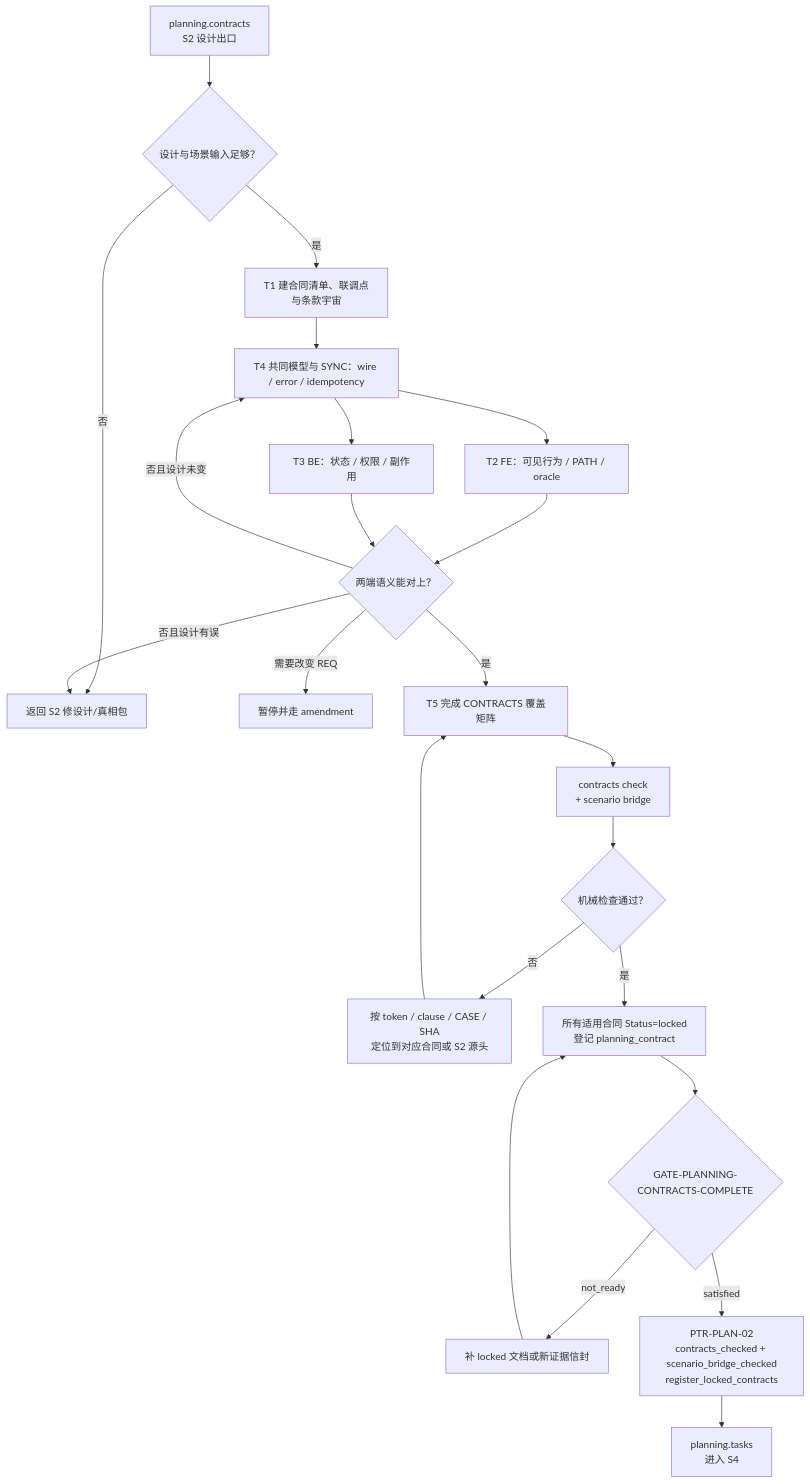
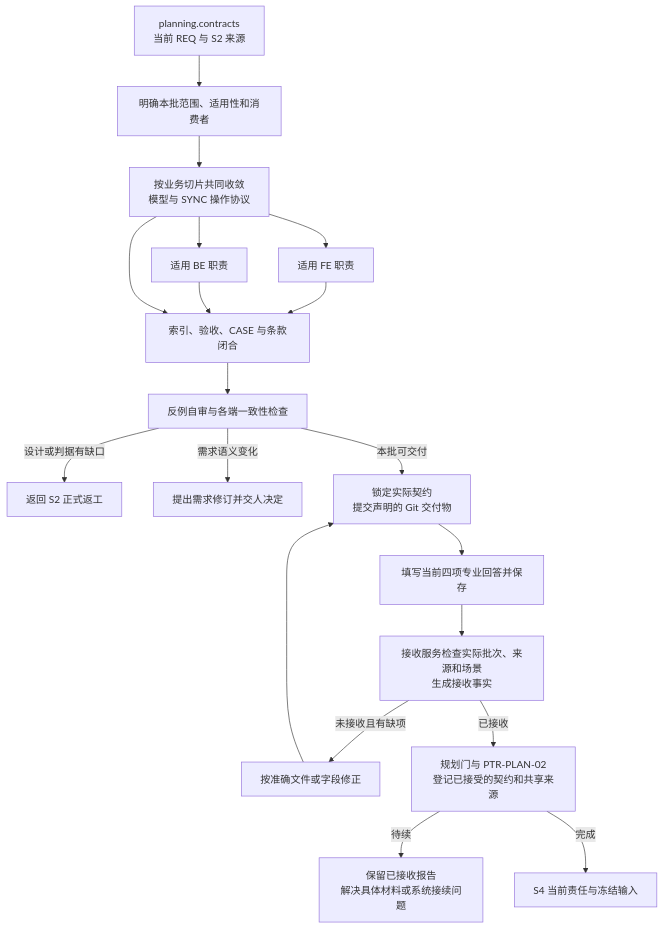
Before and after one commit to entroforge/go-system-builder: the diagram in blueprint/l3-stages/L3-S3-contracts.md, drawn with Mermaid. The commit also changed other lines of this file and 1562 other files, not shown here.

````diff
--- a/blueprint/l3-stages/L3-S3-contracts.md
+++ b/blueprint/l3-stages/L3-S3-contracts.md
@@ -97,26 +157,21 @@
 ```mermaid
 flowchart TD
-    IN["planning.contracts<br/>S2 设计出口"] --> PRE{"设计与场景输入足够？"}
-    PRE -->|否| BACK2["返回 S2 修设计/真相包"]
-    PRE -->|是| T1["T1 建合同清单、联调点<br/>与条款宇宙"]
-    T1 --> SYNC["T4 共同模型与 SYNC：wire / error / idempotency"]
-    SYNC --> FE["T2 FE：可见行为 / PATH / oracle"]
-    SYNC --> BE["T3 BE：状态 / 权限 / 副作用"]
-    FE --> SEM
-    BE --> SEM{"两端语义能对上？"}
-    SEM -->|否且设计未变| SYNC
-    SEM -->|否且设计有误| BACK2
-    SEM -->|需要改变 REQ| PAUSE["暂停并走 amendment"]
-    SEM -->|是| INDEX["T5 完成 CONTRACTS 覆盖矩阵"]
-
-    INDEX --> CHECK["contracts check<br/>+ scenario bridge"]
-    CHECK --> OK{"机械检查通过？"}
-    OK -->|否| FIX["按 token / clause / CASE / SHA<br/>定位到对应合同或 S2 源头"]
-    FIX --> INDEX
-    OK -->|是| LOCK["所有适用合同 Status=locked<br/>登记 planning_contract"]
-    LOCK --> GATE{"GATE-PLANNING-CONTRACTS-COMPLETE"}
-    GATE -->|not_ready| FIXG["补 locked 文档或新证据信封"]
-    FIXG --> LOCK
-    GATE -->|satisfied| PTR["PTR-PLAN-02<br/>contracts_checked + scenario_bridge_checked<br/>register_locked_contracts"]
-    PTR --> S4["planning.tasks<br/>进入 S4"]
+    IN[planning.contracts<br/>当前 REQ 与 S2 来源] --> SCOPE[明确本批范围、适用性和消费者]
+    SCOPE --> COMMON[按业务切片共同收敛<br/>模型与 SYNC 操作协议]
+    COMMON --> FE[适用 FE 职责]
+    COMMON --> BE[适用 BE 职责]
+    FE --> TRACE[索引、验收、CASE 与条款闭合]
+    BE --> TRACE
+    COMMON --> TRACE
+    TRACE --> REVIEW[反例自审与各端一致性检查]
+    REVIEW -->|设计或判据有缺口| S2[返回 S2 正式返工]
+    REVIEW -->|需求语义变化| HUMAN[提出需求修订并交人决定]
+    REVIEW -->|本批可交付| OUTPUT[锁定实际契约<br/>提交声明的 Git 交付物]
+    OUTPUT --> SAVE[填写当前四项专业回答并保存]
+    SAVE --> CHECK[接收服务检查实际批次、来源和场景<br/>生成接收事实]
+    CHECK -->|未接收且有缺项| FIX[按准确文件或字段修正]
+    FIX --> OUTPUT
+    CHECK -->|已接收| OUTLET[规划门与 PTR-PLAN-02<br/>登记已接受的契约和共享来源]
+    OUTLET -->|待续| WAIT[保留已接收报告<br/>解决具体材料或系统接续问题]
+    OUTLET -->|完成| NEXT[S4 当前责任与冻结输入]
 ```
````
